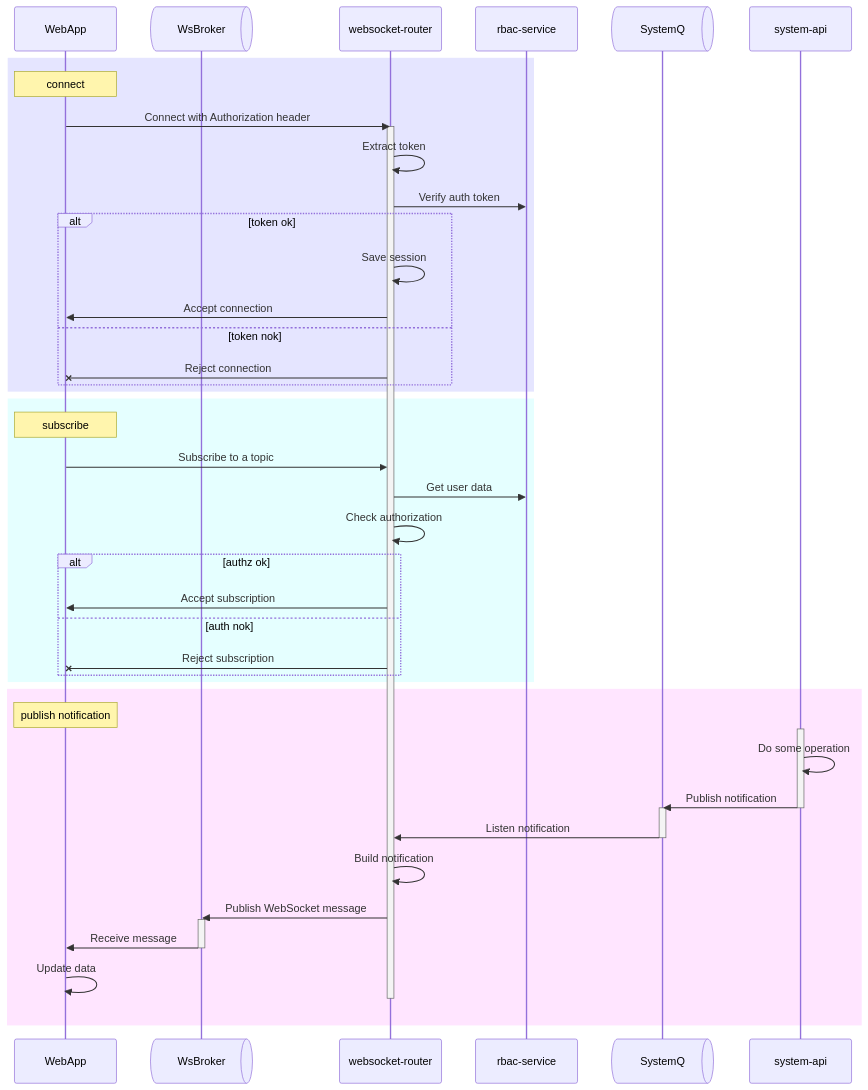
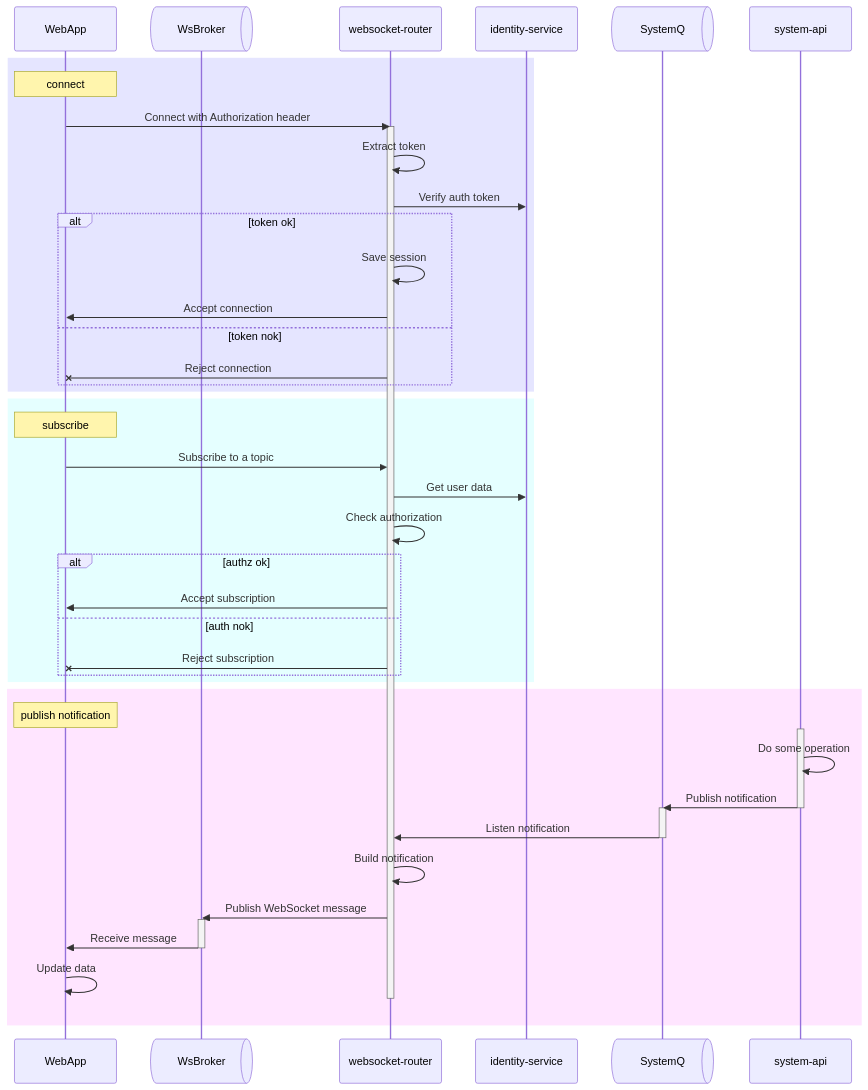
One commit to andreasarf/simple-websocket-service changed the diagram in README.md. Above: the diagram before and after it, drawn with Mermaid. The commit also changed other lines of this file and 12 other files, not shown here.

First line of the commit message:
Rename external auth service references to identity

````diff
--- a/README.md
+++ b/README.md
@@ -62,55 +62,55 @@
 ```mermaid
 sequenceDiagram
     participant web as WebApp
     participant WsBroker@{ "type" : "queue" }
     participant ws as websocket-router
-    participant rbac as rbac-service
+    participant identity as identity-service
     participant SystemQ@{ "type" : "queue" }
     participant system as system-api
     
     rect rgba(0, 0, 255, .1)
         Note over web: connect
         web ->> ws : Connect with Authorization header
         activate ws
         ws ->> ws : Extract token
-        ws ->> rbac : Verify auth token
+        ws ->> identity : Verify auth token
         
         alt token ok
             ws ->> ws : Save session
             ws ->> web : Accept connection
         else token nok
             ws -x web : Reject connection
         end
     end
     
     rect rgba(0, 255, 255, .1)
         Note over web: subscribe
         web ->> ws : Subscribe to a topic
-        ws ->> rbac : Get user data
+        ws ->> identity : Get user data
         ws ->> ws : Check authorization
         
         alt authz ok
             ws ->> web : Accept subscription
         else auth nok
             ws -x web : Reject subscription
         end
     end
     
     rect rgba(255, 0, 255, .1)
         Note over web: publish notification
         activate system
         system ->> system : Do some operation
         system ->> SystemQ : Publish notification
         activate SystemQ
         deactivate system
         SystemQ ->> ws : Listen notification
         deactivate SystemQ
         ws ->> ws : Build notification
         ws ->> WsBroker : Publish WebSocket message
         activate WsBroker
         WsBroker ->> web : Receive message
         deactivate WsBroker
         web ->> web : Update data
         deactivate ws
     end
 ```
````
